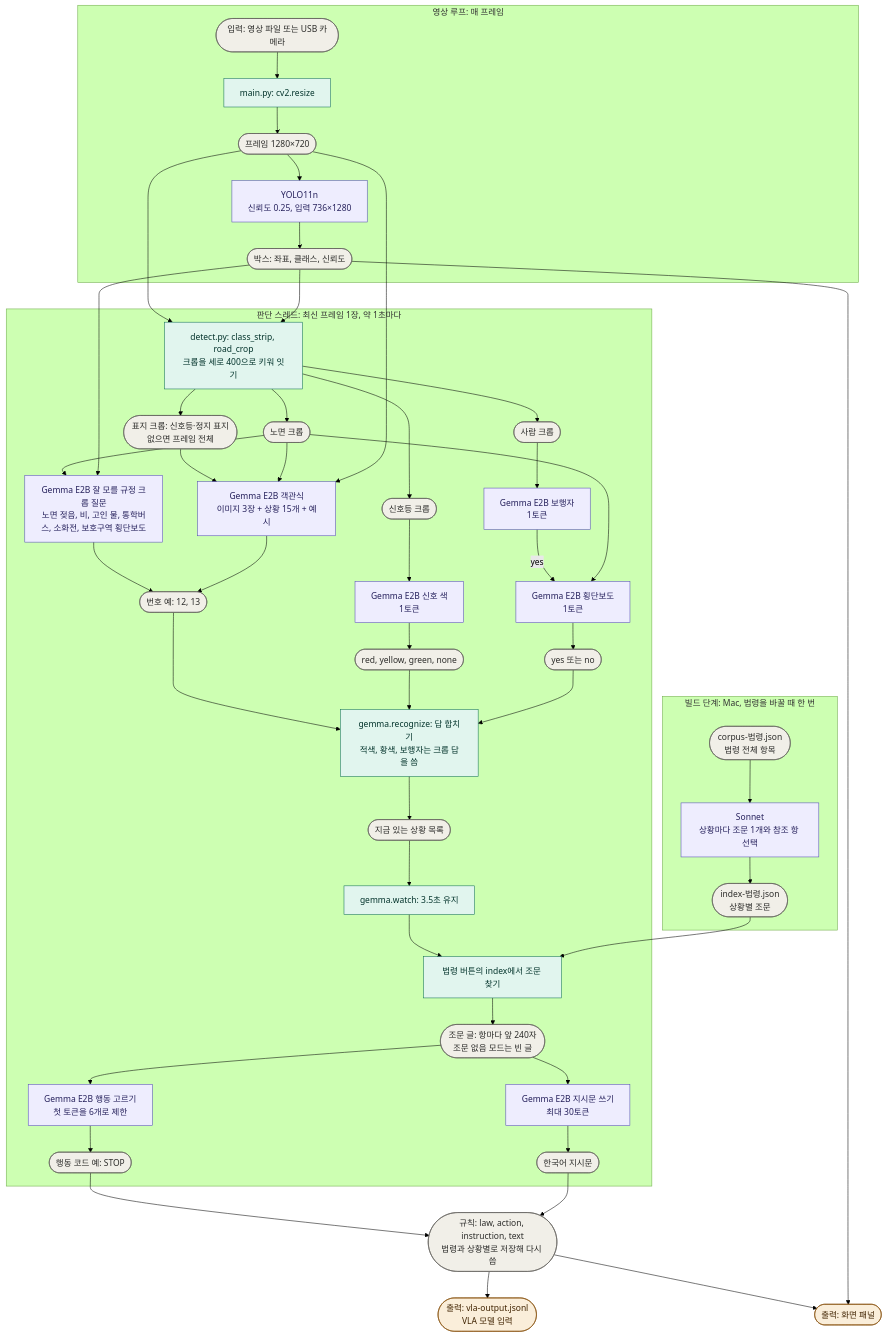
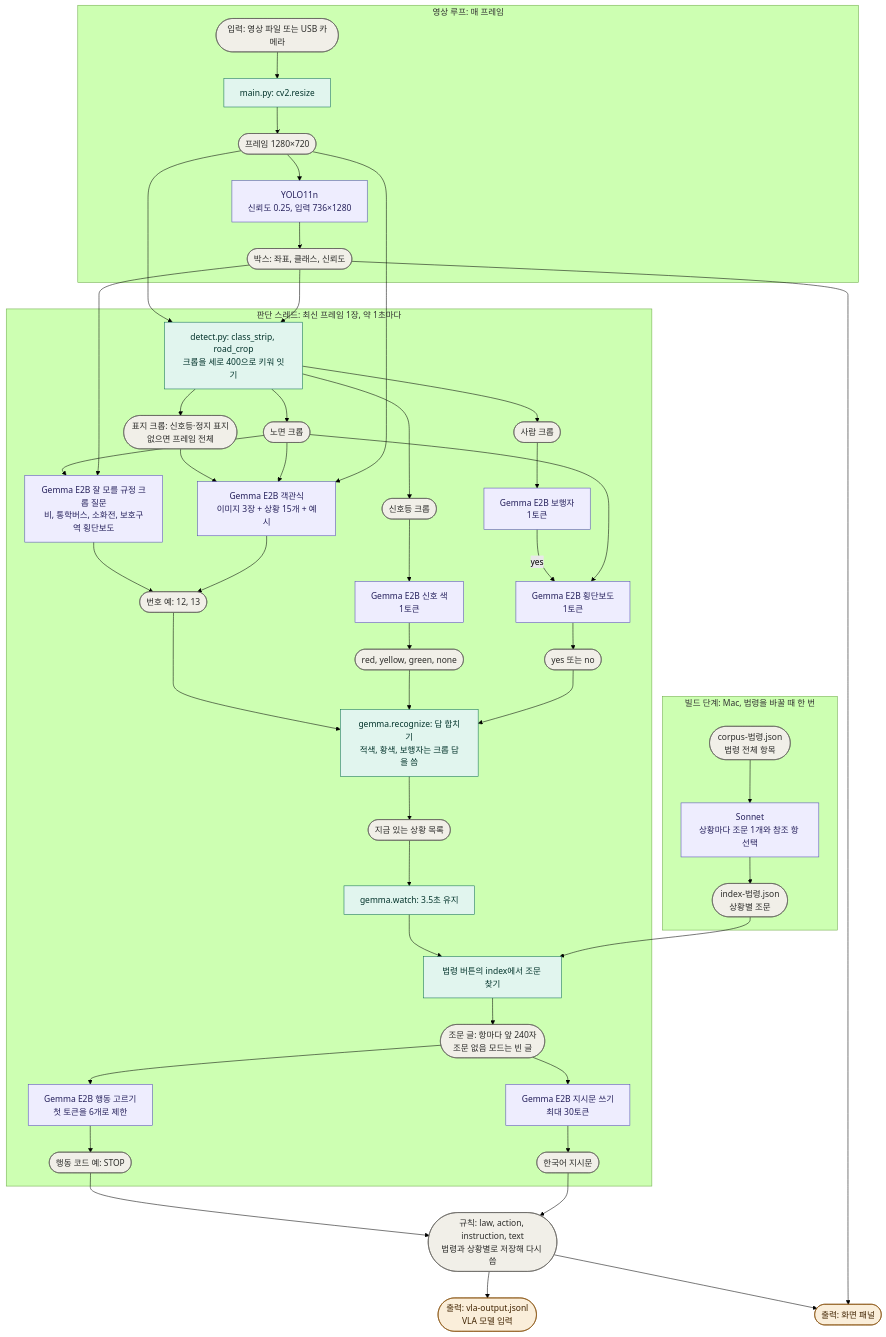
One commit to Nedian0Brien/Vision-LLM-202035152 changed the diagram in Project03/README.md. Above: the diagram before and after it, drawn with Mermaid (forest theme). The commit also changed other lines of this file and 9 other files, not shown here.

````diff
--- a/Project03/README.md
+++ b/Project03/README.md
@@ -15,61 +15,61 @@
 ```mermaid
 flowchart TD
   subgraph S0["빌드 단계: Mac, 법령을 바꿀 때 한 번"]
     C0(["corpus-법령.json<br/>법령 전체 항목"]):::data --> C1["Sonnet<br/>상황마다 조문 1개와 참조 항 선택"]:::model
     C1 --> IDX(["index-법령.json<br/>상황별 조문"]):::data
   end
   subgraph S1["영상 루프: 매 프레임"]
     IN(["입력: 영상 파일 또는 USB 카메라"]):::data --> RS["main.py: cv2.resize"]:::code
     RS --> FR(["프레임 1280×720"]):::data
     FR --> Y["YOLO11n<br/>신뢰도 0.25, 입력 736×1280"]:::model
     Y --> BX(["박스: 좌표, 클래스, 신뢰도"]):::data
   end
   subgraph S2["판단 스레드: 최신 프레임 1장, 약 1초마다"]
     CP["detect.py: class_strip, road_crop<br/>크롭을 세로 400으로 키워 잇기"]:::code
     CP --> IA(["표지 크롭: 신호등·정지 표지<br/>없으면 프레임 전체"]):::data
     CP --> IB(["신호등 크롭"]):::data
     CP --> IC(["사람 크롭"]):::data
     CP --> ID(["노면 크롭"]):::data
     G1["Gemma E2B 객관식<br/>이미지 3장 + 상황 15개 + 예시"]:::model
     G2["Gemma E2B 신호 색<br/>1토큰"]:::model
     G3["Gemma E2B 보행자<br/>1토큰"]:::model
     G4["Gemma E2B 횡단보도<br/>1토큰"]:::model
-    G5["Gemma E2B 잘 모를 규정 크롭 질문<br/>노면 젖음, 비, 고인 물, 통학버스, 소화전, 보호구역 횡단보도"]:::model
+    G5["Gemma E2B 잘 모를 규정 크롭 질문<br/>비, 통학버스, 소화전, 보호구역 횡단보도"]:::model
     IA --> G1
     ID --> G1
     IB --> G2
     IC --> G3
     G3 -- "yes" --> G4
     ID --> G4
     ID --> G5
     BX --> G5
     G5 --> A1
     G1 --> A1(["번호 예: 12, 13"]):::data
     G2 --> A2(["red, yellow, green, none"]):::data
     G4 --> A3(["yes 또는 no"]):::data
     A1 --> MG["gemma.recognize: 답 합치기<br/>적색, 황색, 보행자는 크롭 답을 씀"]:::code
     A2 --> MG
     A3 --> MG
     MG --> FD(["지금 있는 상황 목록"]):::data
     FD --> HD["gemma.watch: 3.5초 유지"]:::code
     HD --> LK["법령 버튼의 index에서 조문 찾기"]:::code
     LK --> TX(["조문 글: 항마다 앞 240자<br/>조문 없음 모드는 빈 글"]):::data
     TX --> R1["Gemma E2B 행동 고르기<br/>첫 토큰을 6개로 제한"]:::model
     TX --> R2["Gemma E2B 지시문 쓰기<br/>최대 30토큰"]:::model
     R1 --> AC(["행동 코드 예: STOP"]):::data
     R2 --> IS(["한국어 지시문"]):::data
   end
   AC --> RL(["규칙: law, action, instruction, text<br/>법령과 상황별로 저장해 다시 씀"]):::data
   IS --> RL
   RL --> O1(["출력: vla-output.jsonl<br/>VLA 모델 입력"]):::out
   RL --> O2(["출력: 화면 패널"]):::out
   BX --> O2
   FR --> G1
   FR --> CP
   BX --> CP
   IDX --> LK
   classDef model fill:#EEEDFE,stroke:#534AB7,color:#26215C
   classDef code fill:#E1F5EE,stroke:#0F6E56,color:#04342C
   classDef data fill:#F1EFE8,stroke:#5F5E5A,color:#2C2C2A
   classDef out fill:#FAEEDA,stroke:#854F0B,color:#412402
 ```
````
